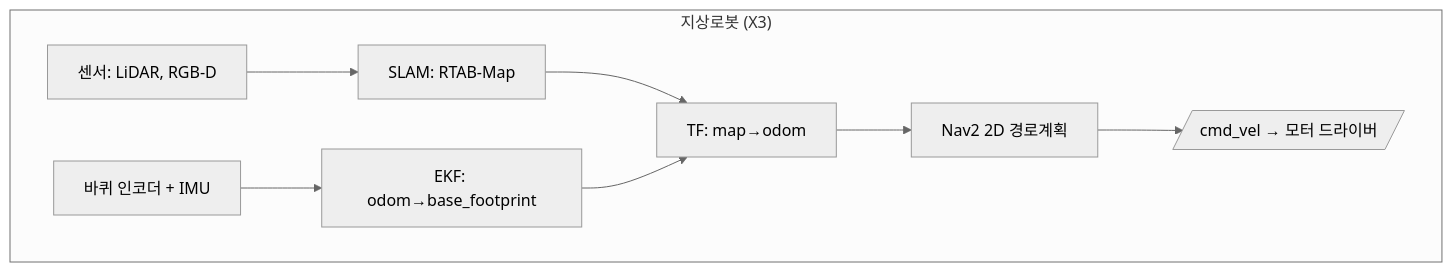
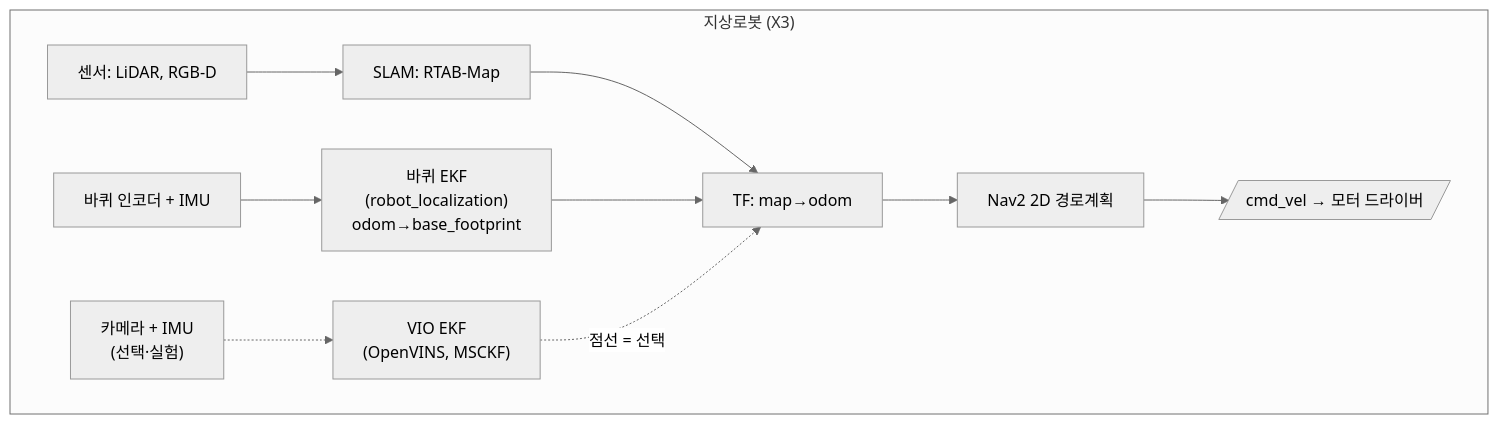
Before and after one commit to codebaragi23/ROS2-doc: the first of 2 diagrams in 7_드론 적용 Part E/E0_지상로봇과_드론은_무엇이_다른가.md, drawn with Mermaid (neutral theme). The commit also changed other lines of this file, not shown here.

First line of the commit message:
docs: E0에 지상로봇 VIO(OpenVINS) 비교 추가, EKF 용어 혼동 정리

````diff
--- a/7_드론 적용 Part E/E0_지상로봇과_드론은_무엇이_다른가.md
+++ b/7_드론 적용 Part E/E0_지상로봇과_드론은_무엇이_다른가.md
@@ -62,11 +62,17 @@
 ```mermaid
 flowchart TB
     subgraph GND["지상로봇 (X3)"]
         GS[센서: LiDAR, RGB-D] --> GSLAM[SLAM: RTAB-Map]
-        GW[바퀴 인코더 + IMU] --> GEKF[EKF: odom→base_footprint]
+        GW[바퀴 인코더 + IMU] --> GEKF["바퀴 EKF
+(robot_localization)
+odom→base_footprint"]
+        GC["카메라 + IMU
+(선택·실험)"] -.-> GVIO["VIO EKF
+(OpenVINS, MSCKF)"]
         GSLAM --> GTF[TF: map→odom]
         GEKF --> GTF
+        GVIO -.점선 = 선택.-> GTF
         GTF --> GNAV[Nav2 2D 경로계획]
         GNAV --> GMOT[/cmd_vel → 모터 드라이버/]
     end
 ```
````
